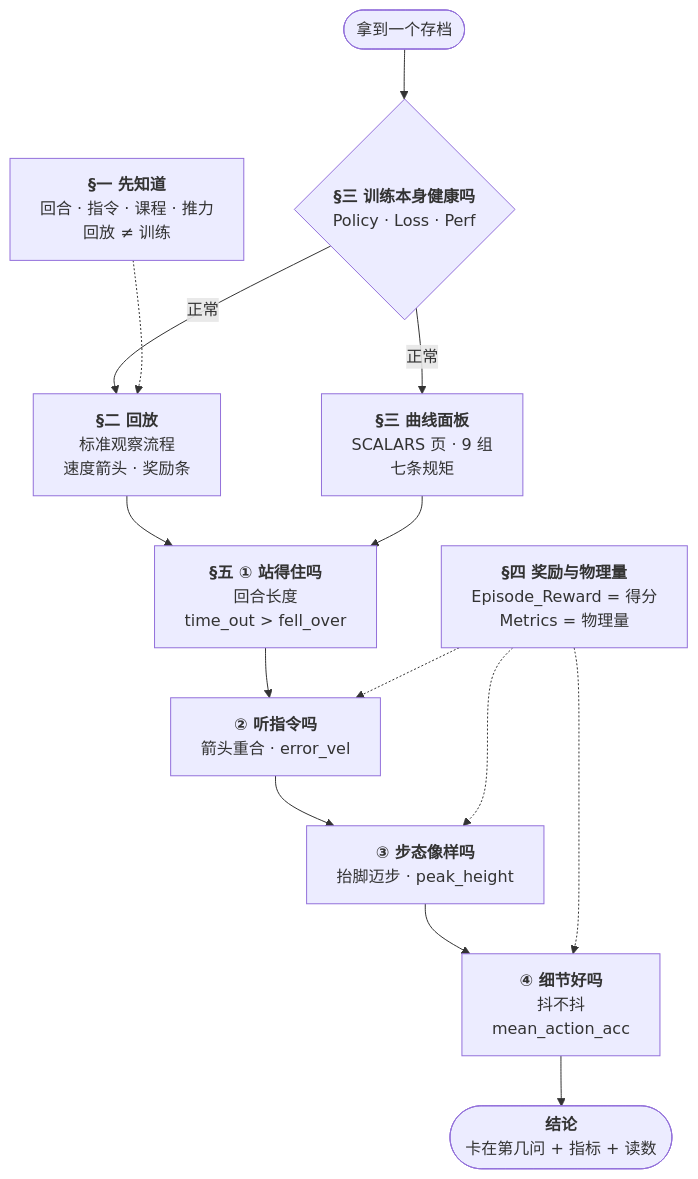
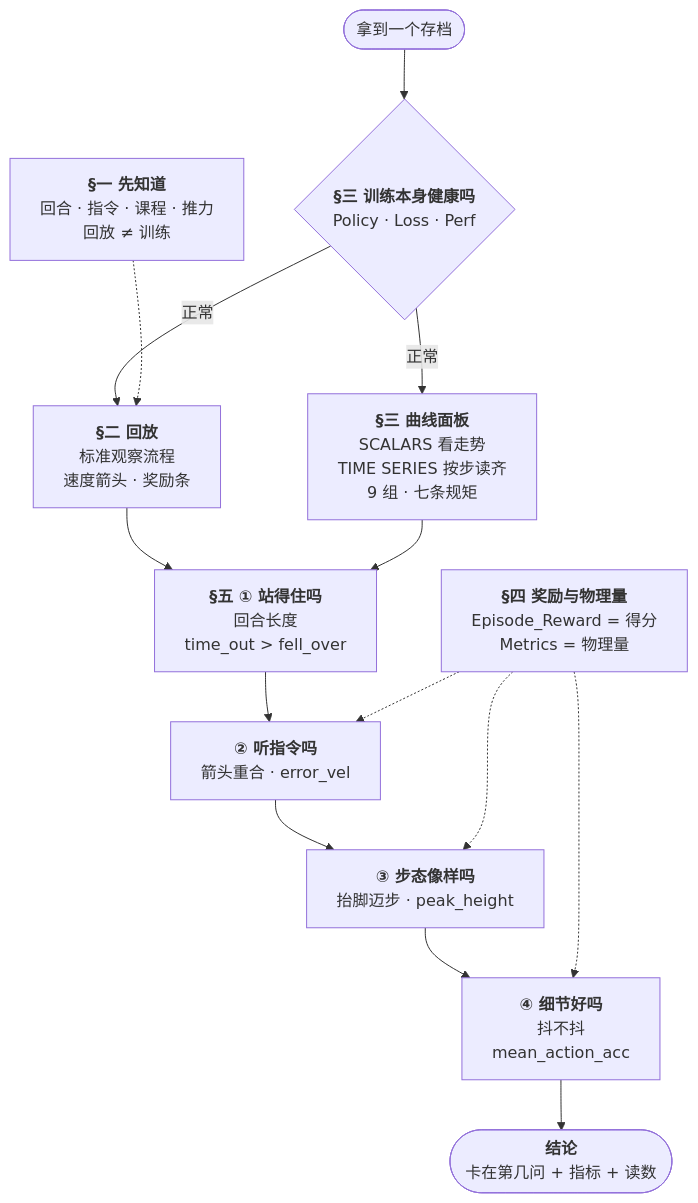
The diagram in experiments/stage1_map.md (tunghsingw/robolab), drawn with Mermaid before and after one commit. The commit also changed 1 other file, not shown here.

Commit message:
阶段 1:讲清 SCALARS 与 TIME SERIES 的区别和分工,新增按步联动读同一轮;练习 7 改用按步联动

````diff
--- a/experiments/stage1_map.md
+++ b/experiments/stage1_map.md
@@ -3,25 +3,25 @@
 ```mermaid
 flowchart TB
   ck(["拿到一个存档"])
   bg["<b>§一 先知道</b><br/>回合 · 指令 · 课程 · 推力<br/>回放 ≠ 训练"]
   health{"<b>§三 训练本身健康吗</b><br/>Policy · Loss · Perf"}
   play["<b>§二 回放</b><br/>标准观察流程<br/>速度箭头 · 奖励条"]
-  curve["<b>§三 曲线面板</b><br/>SCALARS 页 · 9 组<br/>七条规矩"]
+  curve["<b>§三 曲线面板</b><br/>SCALARS 看走势<br/>TIME SERIES 按步读齐<br/>9 组 · 七条规矩"]
   rew["<b>§四 奖励与物理量</b><br/>Episode_Reward = 得分<br/>Metrics = 物理量"]
   q1["<b>§五 ① 站得住吗</b><br/>回合长度<br/>time_out > fell_over"]
   q2["<b>② 听指令吗</b><br/>箭头重合 · error_vel"]
   q3["<b>③ 步态像样吗</b><br/>抬脚迈步 · peak_height"]
   q4["<b>④ 细节好吗</b><br/>抖不抖<br/>mean_action_acc"]
   out(["<b>结论</b><br/>卡在第几问 + 指标 + 读数"])
 
   ck --> health
   health -- 正常 --> play
   health -- 正常 --> curve
   bg -.-> play
   play --> q1
   curve --> q1
   q1 --> q2 --> q3 --> q4 --> out
   rew -.-> q2
   rew -.-> q3
   rew -.-> q4
 ```
````
